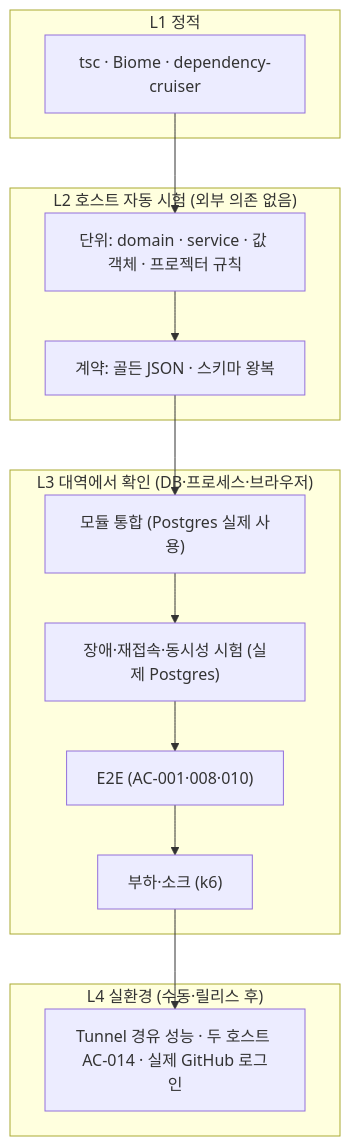
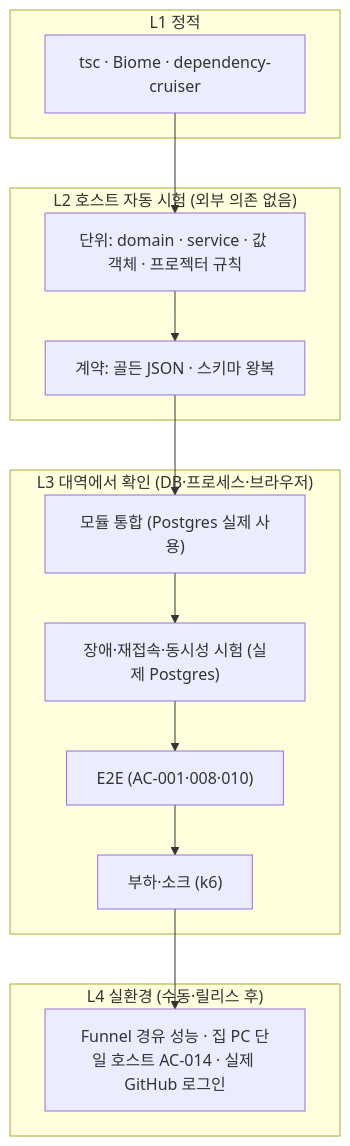
Before and after one commit to 1985jwlee/portpolio_backend: the first of 8 diagrams in docs/design/08-test-strategy.md, drawn with Mermaid. The commit also changed other lines of this file and 27 other files, not shown here.

````diff
--- a/docs/design/08-test-strategy.md
+++ b/docs/design/08-test-strategy.md
@@ -19,20 +19,20 @@
 ```mermaid
 flowchart TB
     subgraph L4["L4 실환경 (수동·릴리스 후)"]
-        P4["Tunnel 경유 성능 · 두 호스트 AC-014 · 실제 GitHub 로그인"]
+        P4["Funnel 경유 성능 · 집 PC 단일 호스트 AC-014 · 실제 GitHub 로그인"]
     end
     subgraph L3["L3 대역에서 확인 (DB·프로세스·브라우저)"]
         E2E["E2E (AC-001·008·010)"]
         SOAK["부하·소크 (k6)"]
         CHAOS["장애·재접속·동시성 시험 (실제 Postgres)"]
         INT["모듈 통합 (Postgres 실제 사용)"]
     end
     subgraph L2["L2 호스트 자동 시험 (외부 의존 없음)"]
         CT["계약: 골든 JSON · 스키마 왕복"]
         UN["단위: domain · service · 값 객체 · 프로젝터 규칙"]
     end
     subgraph L1["L1 정적"]
         ST["tsc · Biome · dependency-cruiser"]
     end
     ST --> UN --> CT --> INT --> CHAOS --> E2E --> SOAK --> P4
 ```
````
